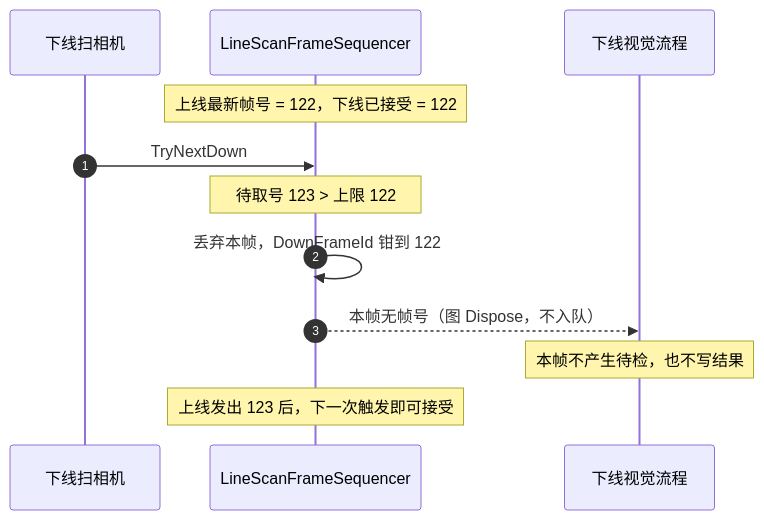
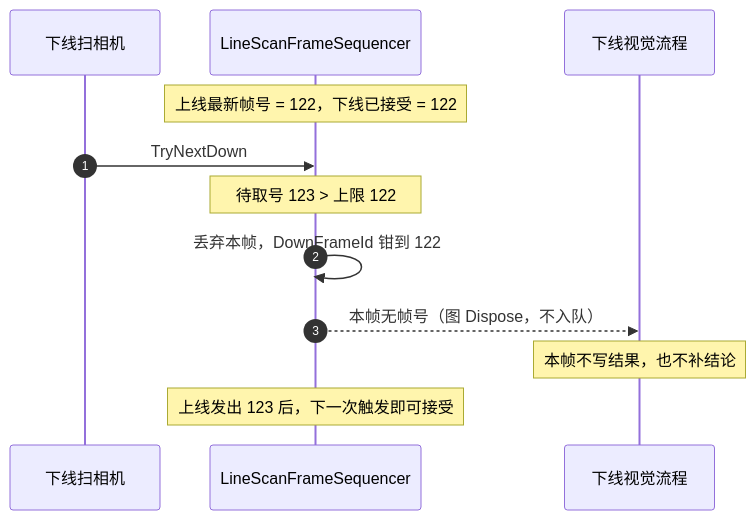
One commit to HowieKwok/die-cutter changed the second of 6 diagrams in docs/五金模切_帧队列与PLC发布设计.md. Above: the diagram before and after it, drawn with Mermaid. The commit also changed other lines of this file and 15 other files, not shown here.

````diff
--- a/docs/五金模切_帧队列与PLC发布设计.md
+++ b/docs/五金模切_帧队列与PLC发布设计.md
@@ -503,15 +510,15 @@
 ```mermaid
 sequenceDiagram
     autonumber
     participant Cam as 下线扫相机
     participant Seq as LineScanFrameSequencer
     participant V as 下线视觉流程
 
     Note over Seq: 上线最新帧号 = 122，下线已接受 = 122
     Cam->>Seq: TryNextDown
     Note over Seq: 待取号 123 > 上限 122
     Seq->>Seq: 丢弃本帧，DownFrameId 钳到 122
     Seq-->>V: 本帧无帧号（图 Dispose，不入队）
-    Note over V: 本帧不产生待检，也不写结果
+    Note over V: 本帧不写结果，也不补结论
     Note over Seq: 上线发出 123 后，下一次触发即可接受
 ```
````
